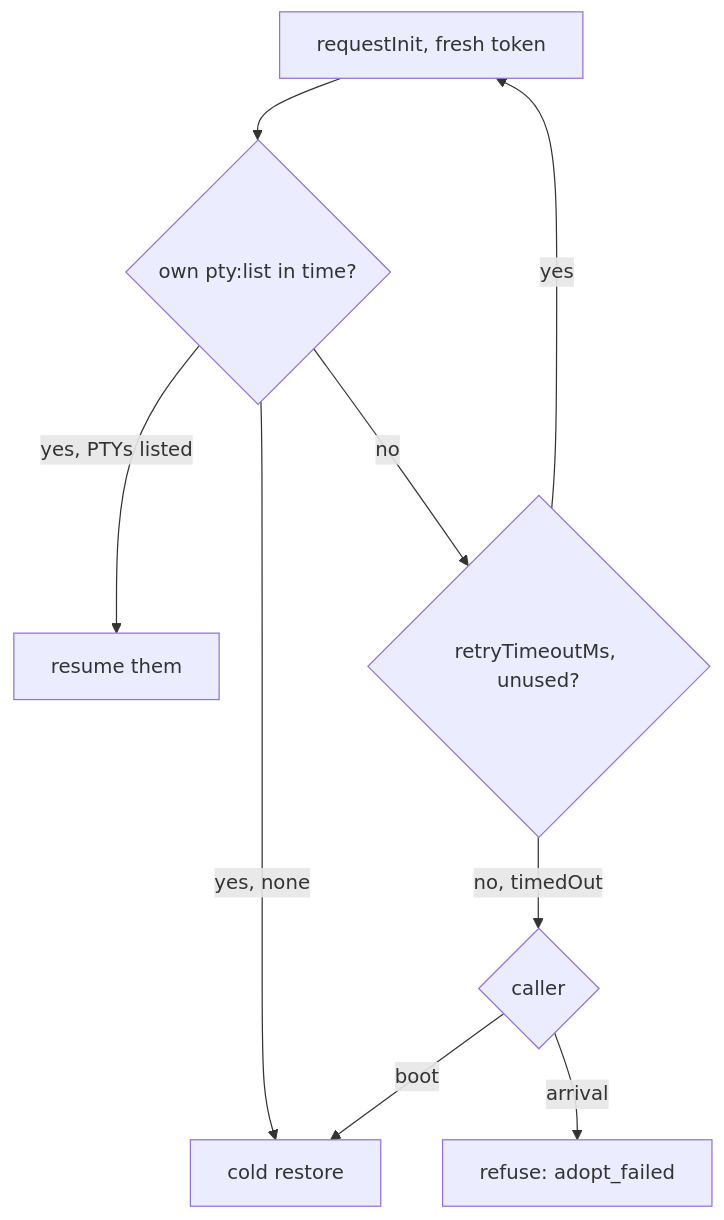
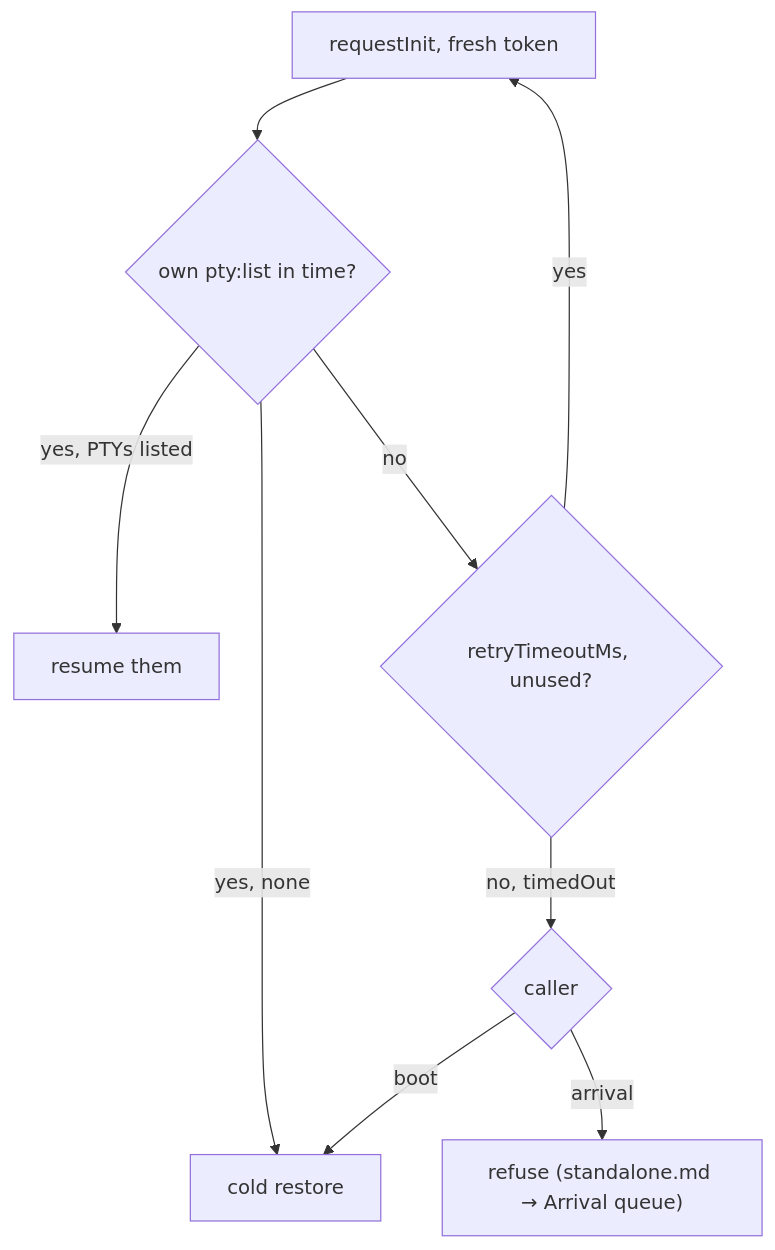
Before and after one commit to diffplug/dormouse: the diagram in docs/specs/transport.md, drawn with Mermaid. The commit also changed other lines of this file, not shown here.

Commit message:
transport: review fixes to the reconnection diagram
- Say only boot risks a second set of shells, after its retry (fixes 62aa753e0).
- Name the host-neutral refusal, pointing at standalone.md -> Arrival queue,
  not the Tauri command adopt_failed (62aa753e0).

````diff
--- a/docs/specs/transport.md
+++ b/docs/specs/transport.md
@@ -75,11 +75,11 @@
 ```mermaid
 flowchart TD
   A[requestInit, fresh token] --> B{own pty:list in time?}
   B -- "yes, PTYs listed" --> R[resume them]
   B -- "yes, none" --> S[cold restore]
   B -- no --> D{retryTimeoutMs, unused?}
   D -- yes --> A
   D -- no, timedOut --> E{caller}
-  E -- arrival --> F[refuse: adopt_failed]
+  E -- arrival --> F["refuse (standalone.md → Arrival queue)"]
   E -- boot --> S
 ```
````
